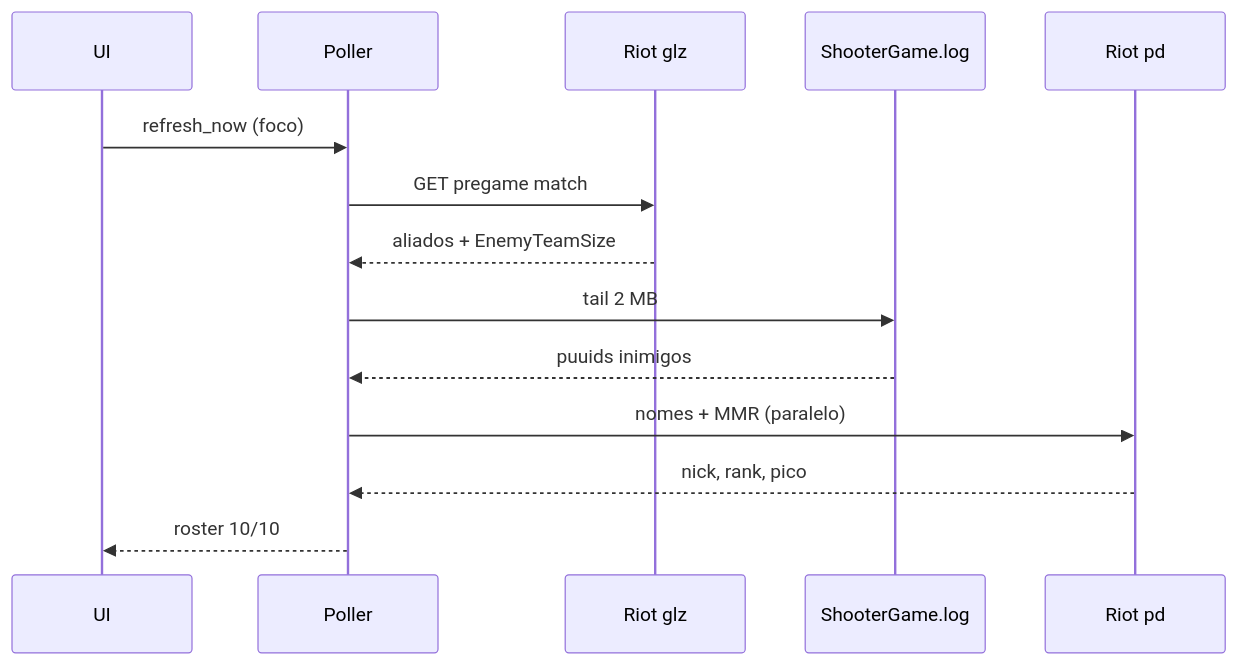
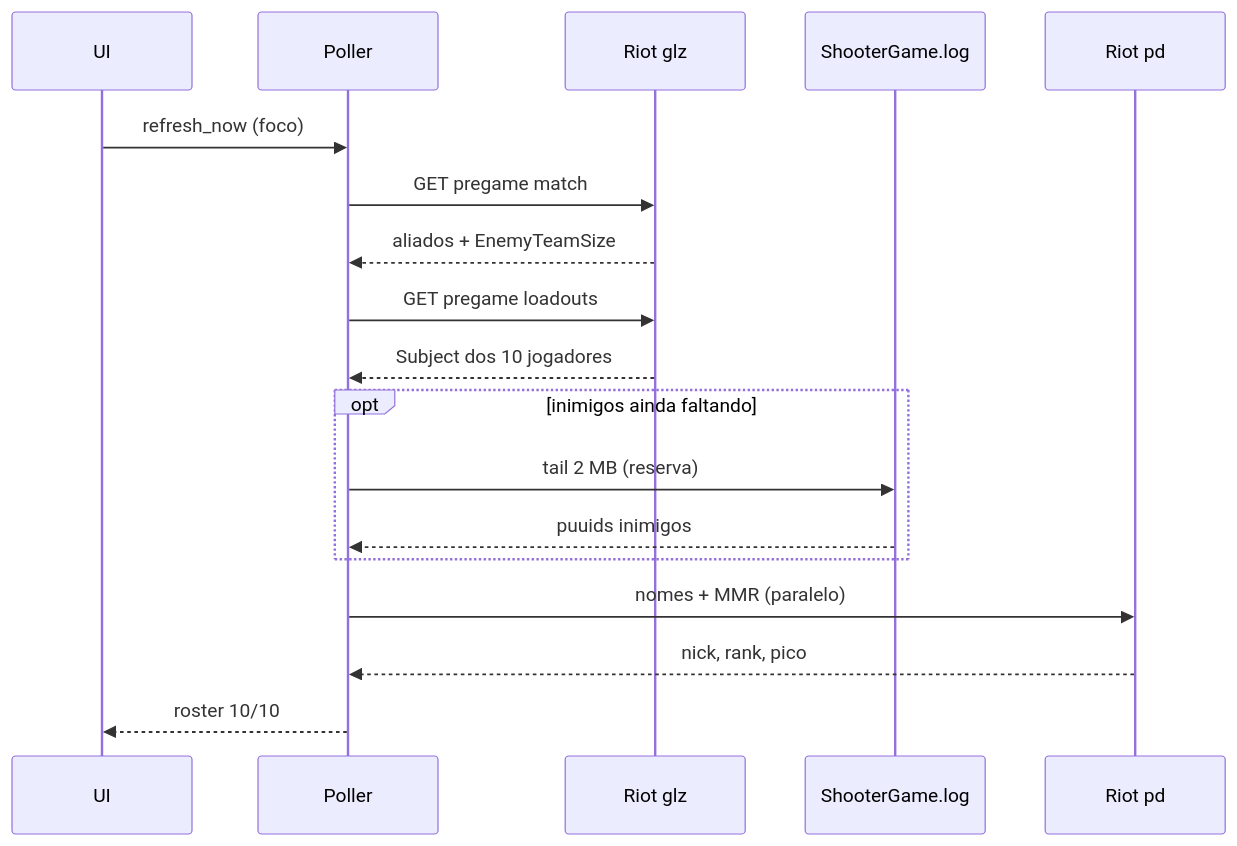
The second of 2 diagrams in docs/ARCHITECTURE.md (nvd7/crymora), drawn with Mermaid before and after one commit. The commit also changed other lines of this file and 14 other files, not shown here.

````diff
--- a/docs/ARCHITECTURE.md
+++ b/docs/ARCHITECTURE.md
@@ -89,16 +90,20 @@
 ```mermaid
 sequenceDiagram
     participant UI
     participant Poller
     participant GLZ as Riot glz
     participant Log as ShooterGame.log
     participant PD as Riot pd
     UI->>Poller: refresh_now (foco)
     Poller->>GLZ: GET pregame match
     GLZ-->>Poller: aliados + EnemyTeamSize
-    Poller->>Log: tail 2 MB
-    Log-->>Poller: puuids inimigos
+    Poller->>GLZ: GET pregame loadouts
+    GLZ-->>Poller: Subject dos 10 jogadores
+    opt inimigos ainda faltando
+        Poller->>Log: tail 2 MB (reserva)
+        Log-->>Poller: puuids inimigos
+    end
     Poller->>PD: nomes + MMR (paralelo)
     PD-->>Poller: nick, rank, pico
     Poller-->>UI: roster 10/10
 ```
````
